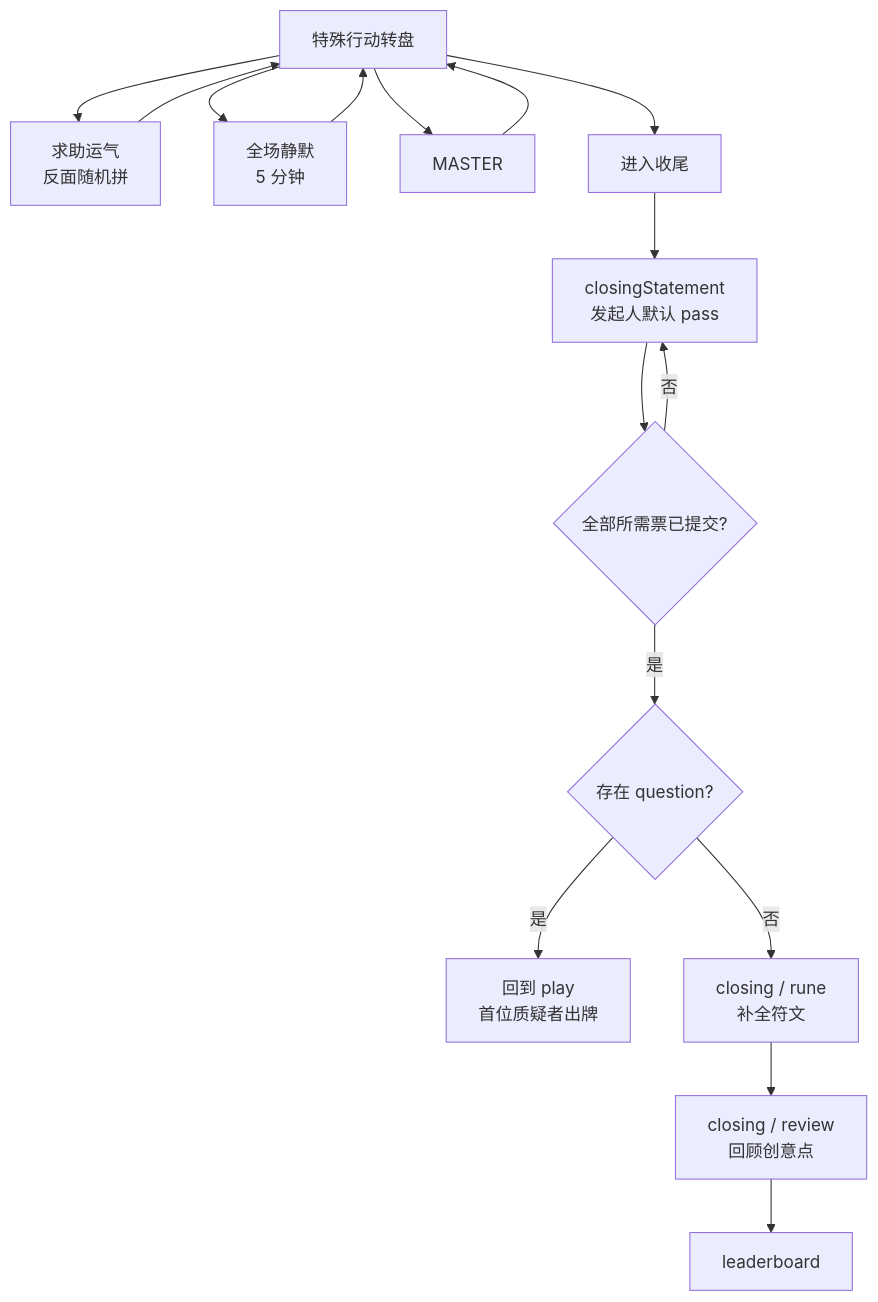
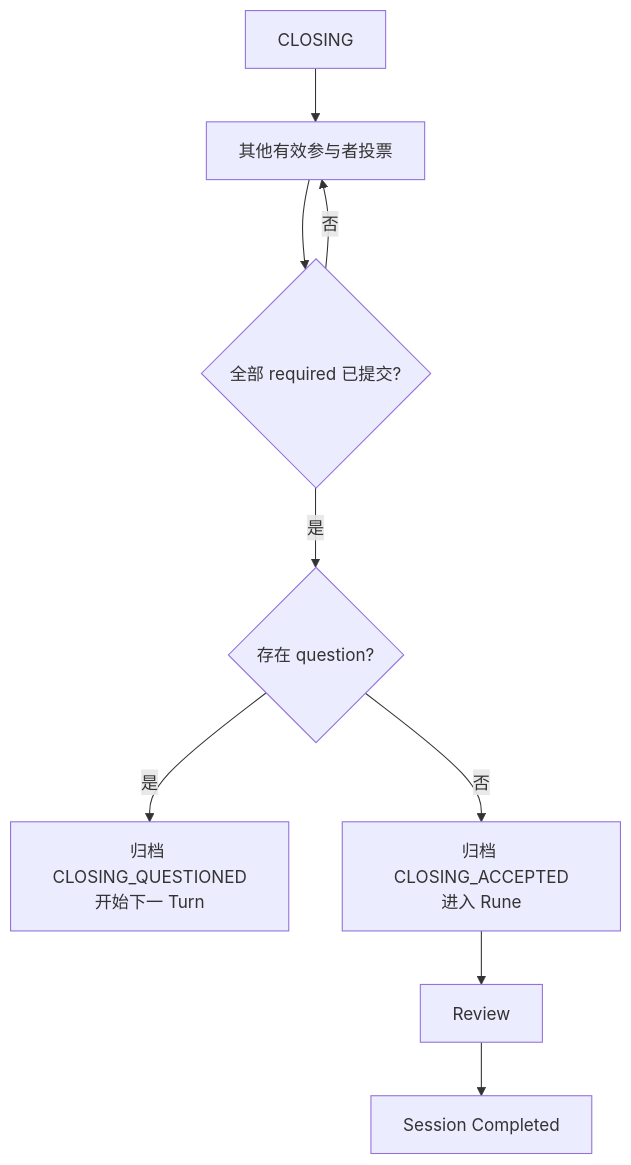
One commit to Bubble-419/cardboard-miniprogram changed the seventh of 14 diagrams in docs/ROOM_BUSINESS_FLOWS.md. Above: the diagram before and after it, drawn with Mermaid. The commit also changed other lines of this file and 26 other files, not shown here.

````diff
--- a/docs/ROOM_BUSINESS_FLOWS.md
+++ b/docs/ROOM_BUSINESS_FLOWS.md
@@ -232,24 +183,17 @@
 ```mermaid
 flowchart TD
-  W[特殊行动转盘]
-  Luck[求助运气<br/>反面随机拼]
-  Silent[全场静默<br/>5 分钟]
-  Master[MASTER]
-  Close[进入收尾]
-  Vote[closingStatement<br/>发起人默认 pass]
-  Q{全部所需票已提交?}
-  HasQ{存在 question?}
-  Back[回到 play<br/>首位质疑者出牌]
-  Rune[closing / rune<br/>补全符文]
-  Review[closing / review<br/>回顾创意点]
-  Rank[leaderboard]
+  CLOSE[CLOSING]
+  VOTE[其他有效参与者投票]
+  COMPLETE{全部 required 已提交?}
+  QUESTION{存在 question?}
+  RETURN[归档 CLOSING_QUESTIONED<br/>开始下一 Turn]
+  RUNE[归档 CLOSING_ACCEPTED<br/>进入 Rune]
+  REVIEW[Review]
+  DONE[Session Completed]
 
-  W --> Luck --> W
-  W --> Silent --> W
-  W --> Master --> W
-  W --> Close --> Vote --> Q
-  Q -->|否| Vote
-  Q -->|是| HasQ
-  HasQ -->|是| Back
-  HasQ -->|否| Rune --> Review --> Rank
+  CLOSE --> VOTE --> COMPLETE
+  COMPLETE -->|否| VOTE
+  COMPLETE -->|是| QUESTION
+  QUESTION -->|是| RETURN
+  QUESTION -->|否| RUNE --> REVIEW --> DONE
 ```
````
